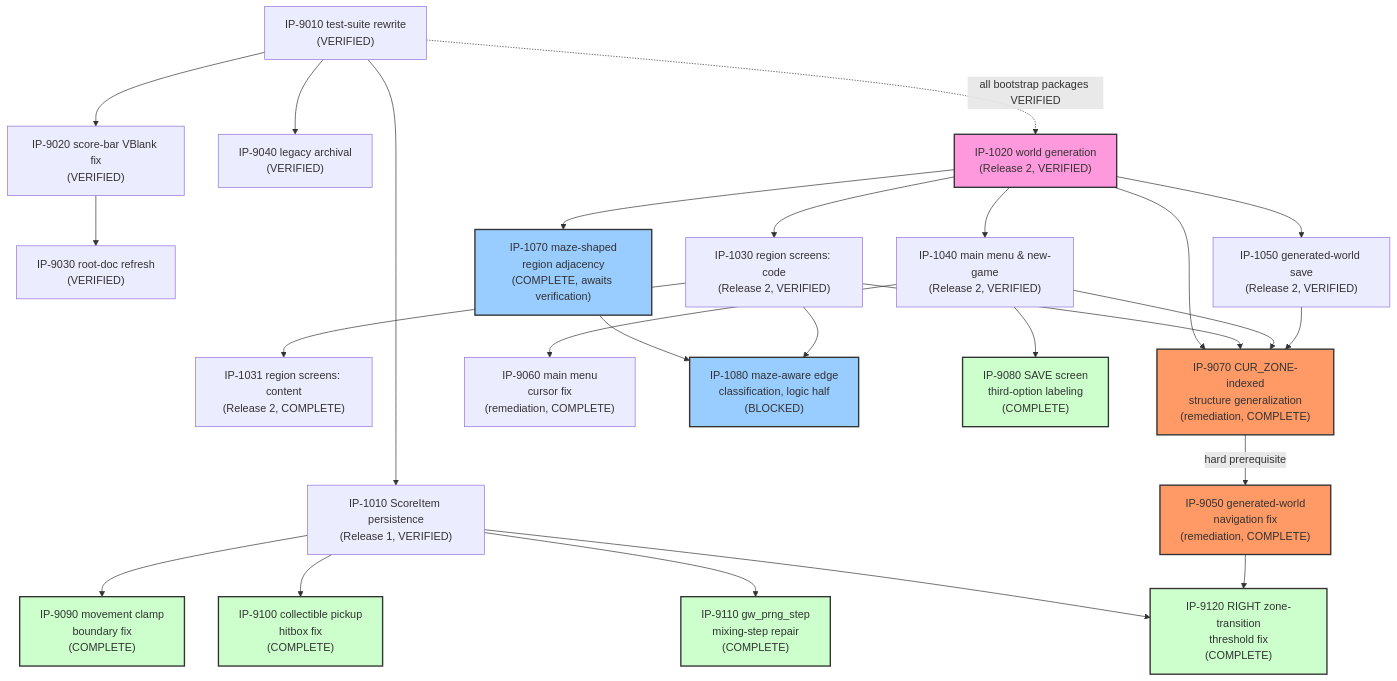
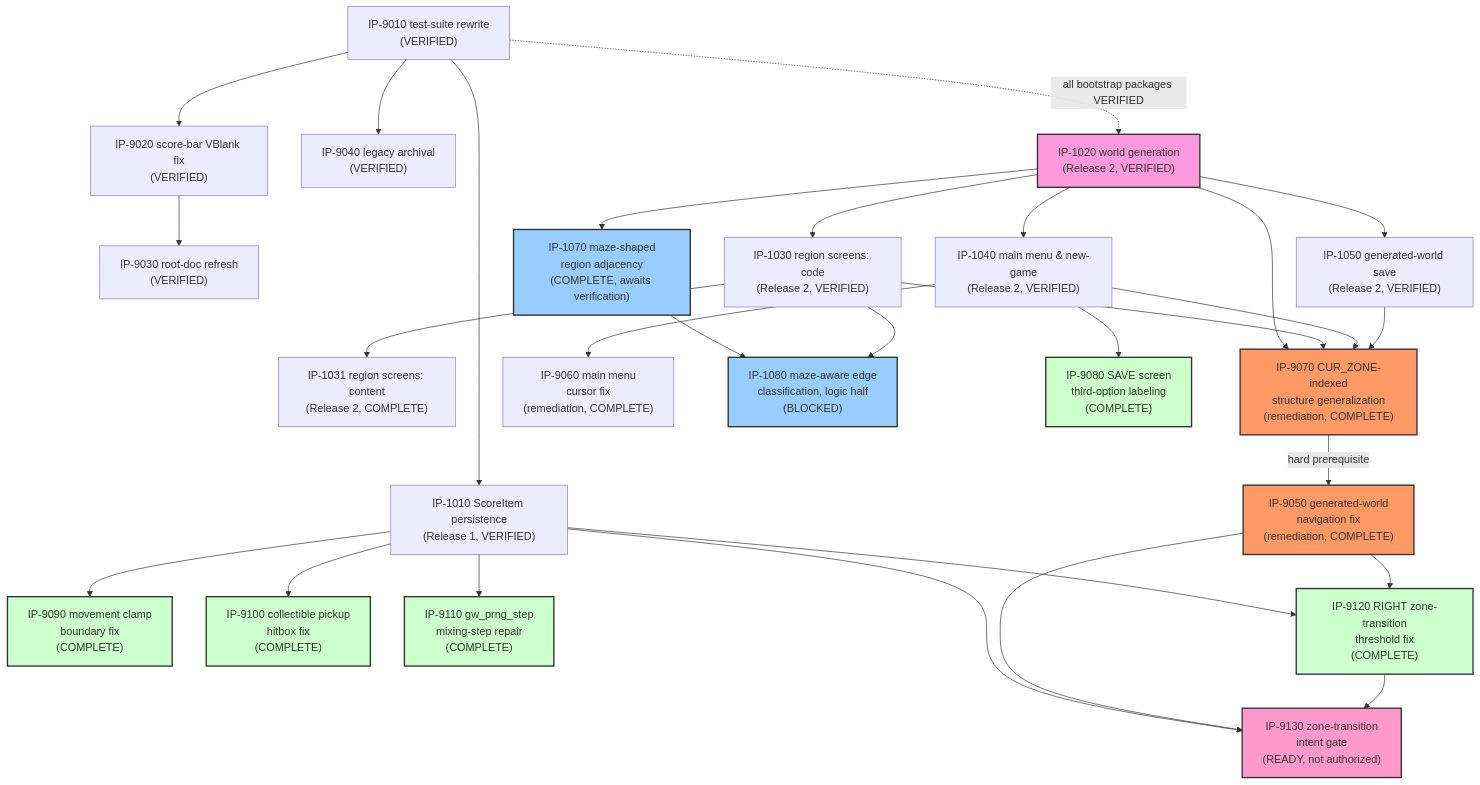
The diagram in docs/implementation/00-master-build-plan.md (Zabin/RsGame), drawn with Mermaid before and after one commit. The commit also changed other lines of this file and 4 other files, not shown here.

First line of the commit message:
docs(implementation): IP-9130 -- zone-transition intent gate

````diff
--- a/docs/implementation/00-master-build-plan.md
+++ b/docs/implementation/00-master-build-plan.md
@@ -155,69 +160,76 @@
 ```mermaid
 graph TD
     IP9010["IP-9010 test-suite rewrite<br/>(VERIFIED)"]
     IP9020["IP-9020 score-bar VBlank fix<br/>(VERIFIED)"]
     IP9030["IP-9030 root-doc refresh<br/>(VERIFIED)"]
     IP9040["IP-9040 legacy archival<br/>(VERIFIED)"]
     IP1010["IP-1010 ScoreItem persistence<br/>(Release 1, VERIFIED)"]
     IP9010 --> IP9020
     IP9010 --> IP9040
     IP9010 --> IP1010
     IP9020 --> IP9030
 
     IP1020["IP-1020 world generation<br/>(Release 2, VERIFIED)"]
     IP1030["IP-1030 region screens: code<br/>(Release 2, VERIFIED)"]
     IP1031["IP-1031 region screens: content<br/>(Release 2, COMPLETE)"]
     IP1040["IP-1040 main menu & new-game<br/>(Release 2, VERIFIED)"]
     IP1050["IP-1050 generated-world save<br/>(Release 2, VERIFIED)"]
     IP9010 -.all bootstrap packages VERIFIED.-> IP1020
     IP1020 --> IP1030
     IP1030 --> IP1031
     IP1020 --> IP1040
     IP1020 --> IP1050
 
     style IP1020 fill:#f9d,stroke:#333,stroke-width:2px
 
     IP9070["IP-9070 CUR_ZONE-indexed<br/>structure generalization<br/>(remediation, COMPLETE)"]
     IP9050["IP-9050 generated-world<br/>navigation fix<br/>(remediation, COMPLETE)"]
     IP9060["IP-9060 main menu<br/>cursor fix<br/>(remediation, COMPLETE)"]
     IP1020 --> IP9070
     IP1030 --> IP9070
     IP1040 --> IP9070
     IP1050 --> IP9070
     IP9070 -->|hard prerequisite| IP9050
     IP1040 --> IP9060
 
     style IP9070 fill:#f96,stroke:#333,stroke-width:2px
     style IP9050 fill:#f96,stroke:#333,stroke-width:2px
 
     IP1070["IP-1070 maze-shaped<br/>region adjacency<br/>(COMPLETE, awaits verification)"]
     IP1080["IP-1080 maze-aware edge<br/>classification, logic half<br/>(BLOCKED)"]
     IP1020 --> IP1070
     IP1070 --> IP1080
     IP1030 --> IP1080
 
     style IP1070 fill:#9cf,stroke:#333,stroke-width:2px
     style IP1080 fill:#9cf,stroke:#333,stroke-width:2px
 
     IP9090["IP-9090 movement clamp<br/>boundary fix<br/>(COMPLETE)"]
     IP9100["IP-9100 collectible pickup<br/>hitbox fix<br/>(COMPLETE)"]
     IP9080["IP-9080 SAVE screen<br/>third-option labeling<br/>(COMPLETE)"]
     IP1010 --> IP9090
     IP1010 --> IP9100
     IP1040 --> IP9080
 
     style IP9090 fill:#cfc,stroke:#333,stroke-width:2px
     style IP9100 fill:#cfc,stroke:#333,stroke-width:2px
     style IP9080 fill:#cfc,stroke:#333,stroke-width:2px
 
     IP9110["IP-9110 gw_prng_step<br/>mixing-step repair<br/>(COMPLETE)"]
     IP1010 --> IP9110
 
     style IP9110 fill:#cfc,stroke:#333,stroke-width:2px
 
     IP9120["IP-9120 RIGHT zone-transition<br/>threshold fix<br/>(COMPLETE)"]
     IP1010 --> IP9120
     IP9050 --> IP9120
 
     style IP9120 fill:#cfc,stroke:#333,stroke-width:2px
+
+    IP9130["IP-9130 zone-transition<br/>intent gate<br/>(READY, not authorized)"]
+    IP1010 --> IP9130
+    IP9050 --> IP9130
+    IP9120 --> IP9130
+
+    style IP9130 fill:#f9c,stroke:#333,stroke-width:2px
 ```
````
